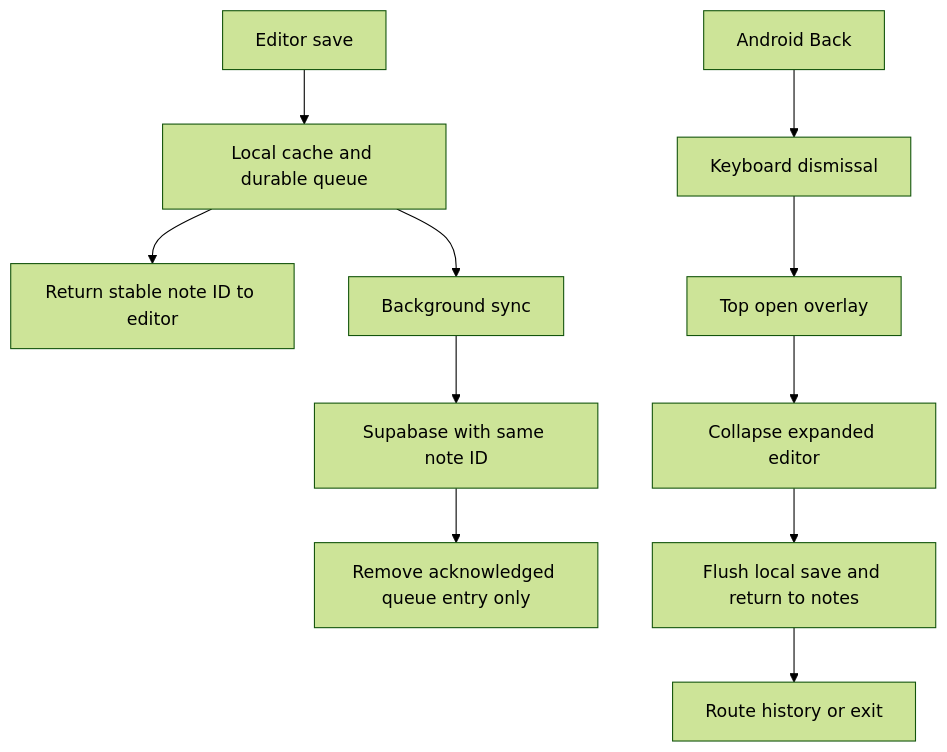
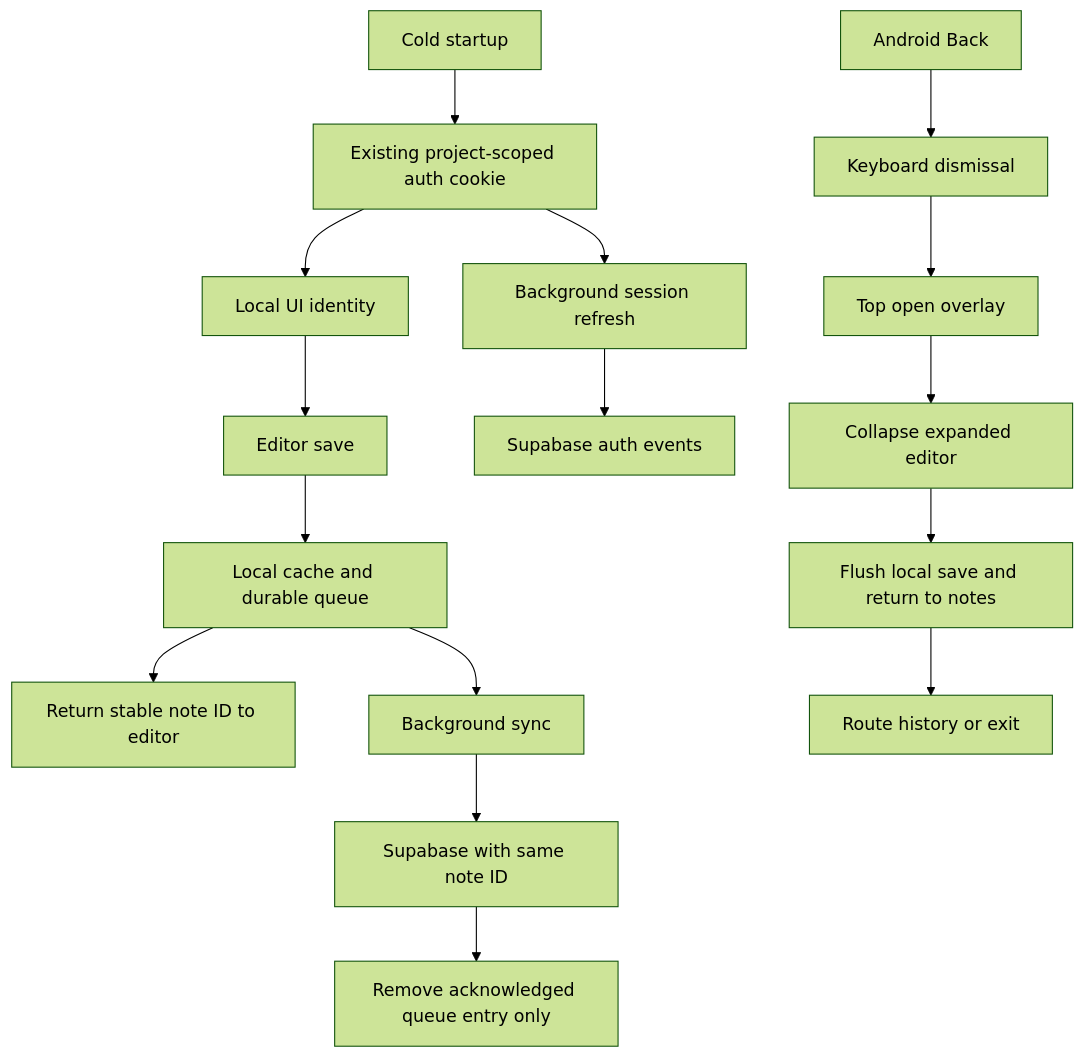
Before and after one commit to koreyba/EverFreeNote: the diagram in docs/ai/design/feature-offline-native-back.md, drawn with Mermaid (forest theme). The commit also changed other lines of this file and 24 other files, not shown here.

Commit message:
fix(auth): open cached notes without waiting for session refresh

````diff
--- a/docs/ai/design/feature-offline-native-back.md
+++ b/docs/ai/design/feature-offline-native-back.md
@@ -10,13 +10,18 @@
 ```mermaid
 flowchart TD
+  Start[Cold startup] --> Cookie[Existing project-scoped auth cookie]
+  Cookie --> Identity[Local UI identity]
+  Identity --> Editor
+  Cookie --> Refresh[Background session refresh]
+  Refresh --> Auth[Supabase auth events]
   Editor[Editor save] --> Local[Local cache and durable queue]
   Local --> Ack[Return stable note ID to editor]
   Local --> Sync[Background sync]
   Sync --> Server[Supabase with same note ID]
   Server --> Cleanup[Remove acknowledged queue entry only]
   Back[Android Back] --> Keyboard[Keyboard dismissal]
   Keyboard --> Layer[Top open overlay]
   Layer --> Focus[Collapse expanded editor]
   Focus --> Pane[Flush local save and return to notes]
   Pane --> History[Route history or exit]
 ```
````
